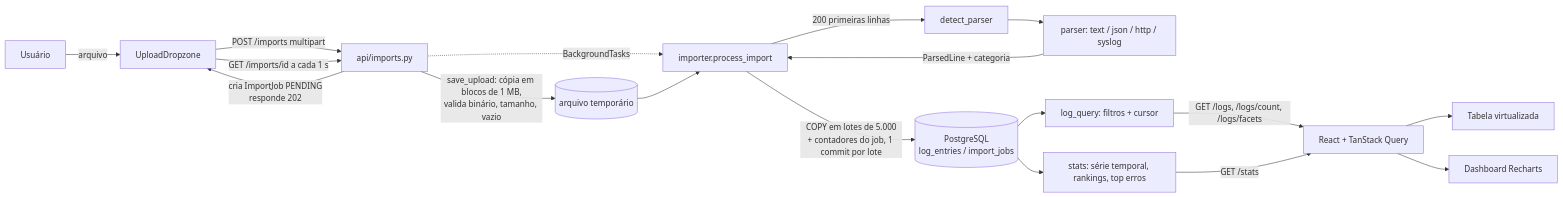
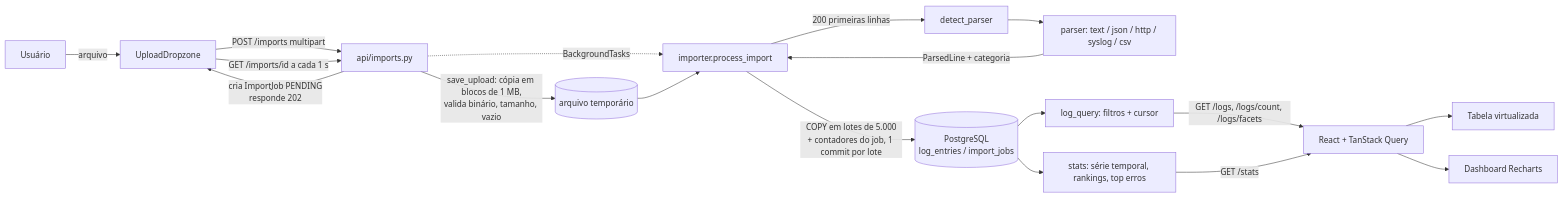
One commit to fergamorim/gtlog changed the second of 2 diagrams in docs/architecture.md. Above: the diagram before and after it, drawn with Mermaid. The commit also changed other lines of this file and 8 other files, not shown here.

First line of the commit message:
Refresh README screenshots and document the solution architecture

````diff
--- a/docs/architecture.md
+++ b/docs/architecture.md
@@ -23,20 +73,20 @@
 ```mermaid
 flowchart LR
     U[Usuário] -->|arquivo| UP[UploadDropzone]
     UP -->|POST /imports multipart| R[api/imports.py]
     R -->|save_upload: cópia em blocos de 1 MB,<br/>valida binário, tamanho, vazio| TMP[(arquivo temporário)]
     R -->|cria ImportJob PENDING<br/>responde 202| UP
     R -.->|BackgroundTasks| BG[importer.process_import]
     TMP --> BG
     BG -->|200 primeiras linhas| DET[detect_parser]
-    DET --> P[parser: text / json / http / syslog]
+    DET --> P[parser: text / json / http / syslog / csv]
     P -->|ParsedLine + categoria| BG
     BG -->|COPY em lotes de 5.000<br/>+ contadores do job, 1 commit por lote| DB[(PostgreSQL<br/>log_entries / import_jobs)]
     UP -->|GET /imports/id a cada 1 s| R
     DB --> Q[log_query: filtros + cursor]
     DB --> S[stats: série temporal, rankings, top erros]
     Q -->|GET /logs, /logs/count, /logs/facets| FE[React + TanStack Query]
     S -->|GET /stats| FE
     FE --> T[Tabela virtualizada]
     FE --> D[Dashboard Recharts]
 ```
````
